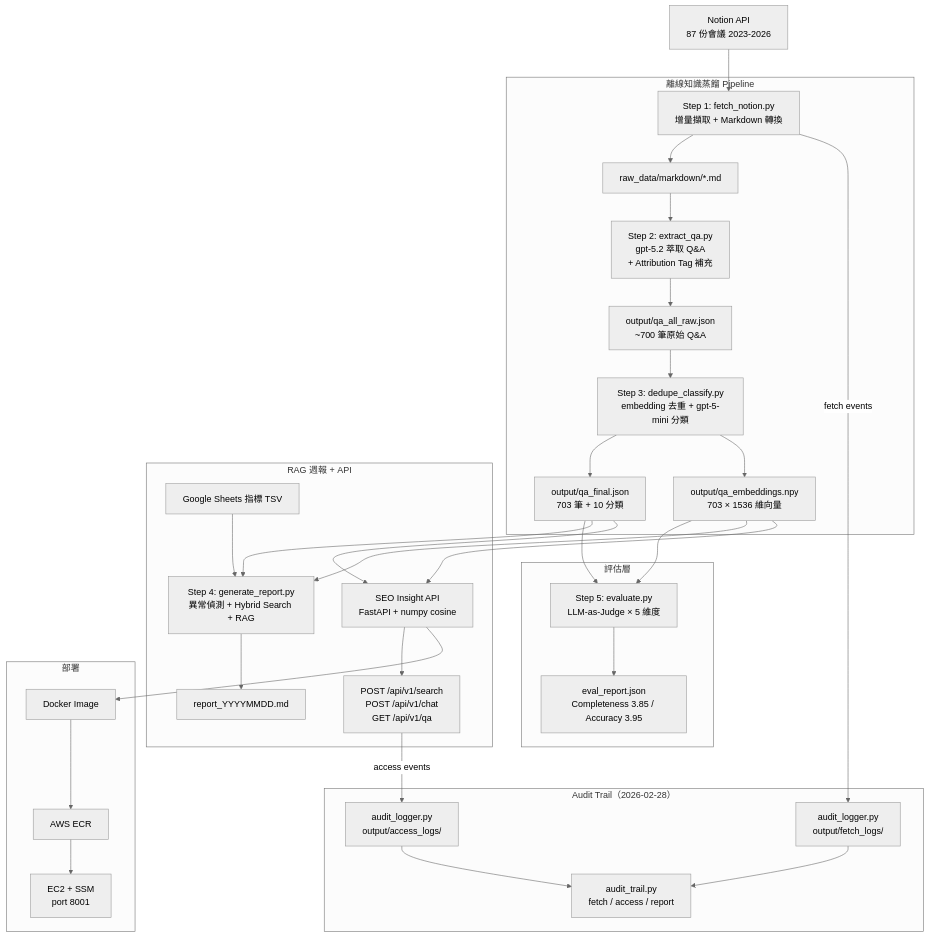
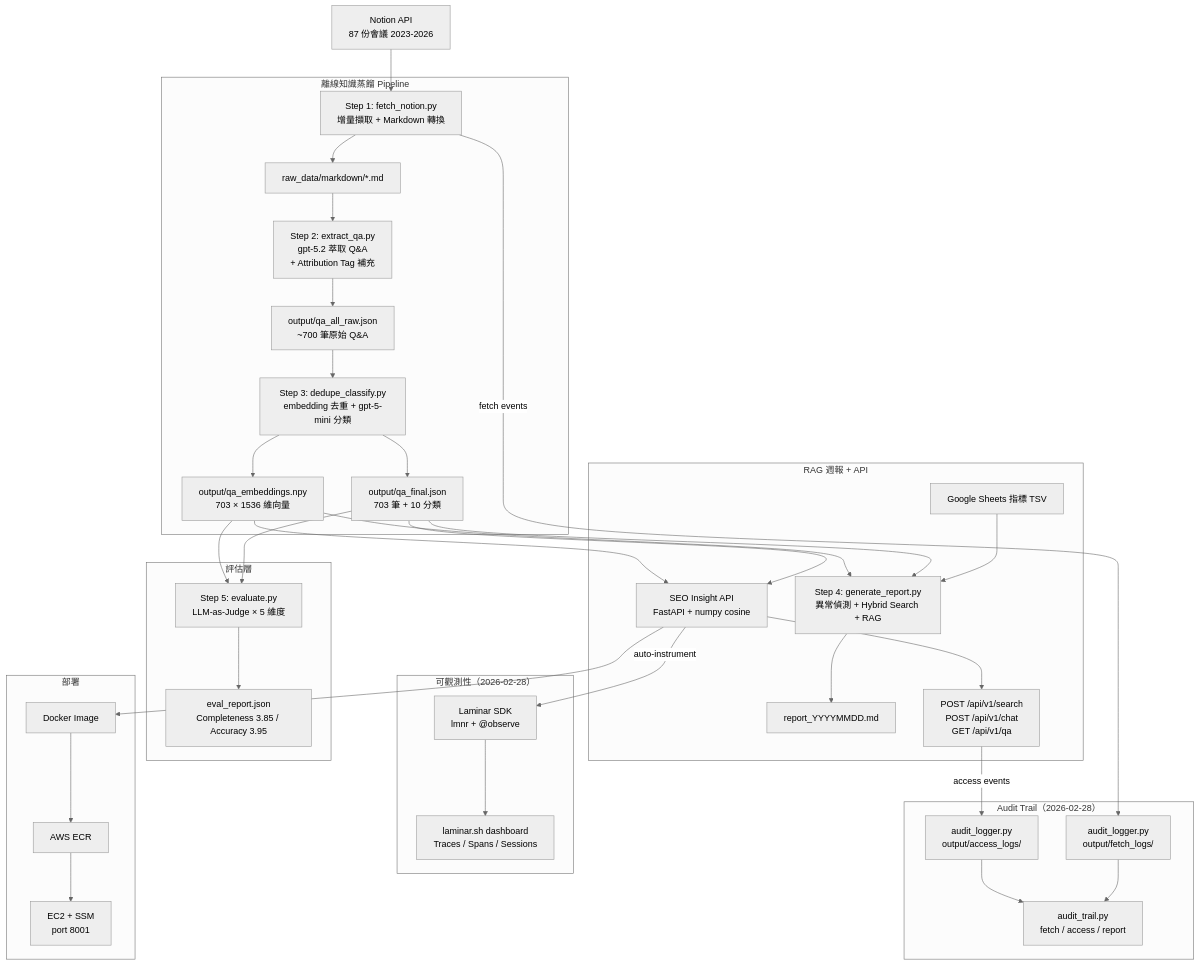
One commit to sosreader/seo-knowledge-insight changed the diagram in research/06-project-architecture.md. Above: the diagram before and after it, drawn with Mermaid (neutral theme). The commit also changed other lines of this file and 4 other files, not shown here.

First line of the commit message:
feat: add Laminar observability integration

````diff
--- a/research/06-project-architecture.md
+++ b/research/06-project-architecture.md
@@ -127,43 +127,48 @@
 ```mermaid
 flowchart TD
     N[Notion API<br/>87 份會議 2023-2026] --> S1
 
     subgraph Pipeline["離線知識蒸餾 Pipeline"]
         S1[Step 1: fetch_notion.py<br/>增量擷取 + Markdown 轉換] --> MD[raw_data/markdown/*.md]
         MD --> S2[Step 2: extract_qa.py<br/>gpt-5.2 萃取 Q&A<br/>+ Attribution Tag 補充]
         S2 --> RAW[output/qa_all_raw.json<br/>~700 筆原始 Q&A]
         RAW --> S3[Step 3: dedupe_classify.py<br/>embedding 去重 + gpt-5-mini 分類]
         S3 --> QA[output/qa_final.json<br/>703 筆 + 10 分類]
         S3 --> EMB[output/qa_embeddings.npy<br/>703 × 1536 維向量]
     end
 
     subgraph Eval["評估層"]
         QA --> S5[Step 5: evaluate.py<br/>LLM-as-Judge × 5 維度]
         EMB --> S5
         S5 --> ER[eval_report.json<br/>Completeness 3.85 / Accuracy 3.95]
     end
 
     subgraph RAG_Flow["RAG 週報 + API"]
         GS[Google Sheets 指標 TSV] --> S4[Step 4: generate_report.py<br/>異常偵測 + Hybrid Search + RAG]
         QA --> S4
         EMB --> S4
         S4 --> RPT[report_YYYYMMDD.md]
 
         QA --> API[SEO Insight API<br/>FastAPI + numpy cosine]
         EMB --> API
         API --> EP["POST /api/v1/search<br/>POST /api/v1/chat<br/>GET  /api/v1/qa"]
     end
 
     subgraph AuditTrail["Audit Trail（2026-02-28）"]
         S1 -->|fetch events| AL["audit_logger.py<br/>output/fetch_logs/"]
         EP -->|access events| AL2["audit_logger.py<br/>output/access_logs/"]
         AL --> ATQ["audit_trail.py<br/>fetch / access / report"]
         AL2 --> ATQ
     end
 
+    subgraph Observability["可觀測性（2026-02-28）"]
+        API -->|auto-instrument| LM["Laminar SDK<br/>lmnr + @observe"]
+        LM --> LD["laminar.sh dashboard<br/>Traces / Spans / Sessions"]
+    end
+
     subgraph Deploy["部署"]
         API --> Docker[Docker Image]
         Docker --> ECR[AWS ECR]
         ECR --> EC2[EC2 + SSM<br/>port 8001]
     end
 ```
````
